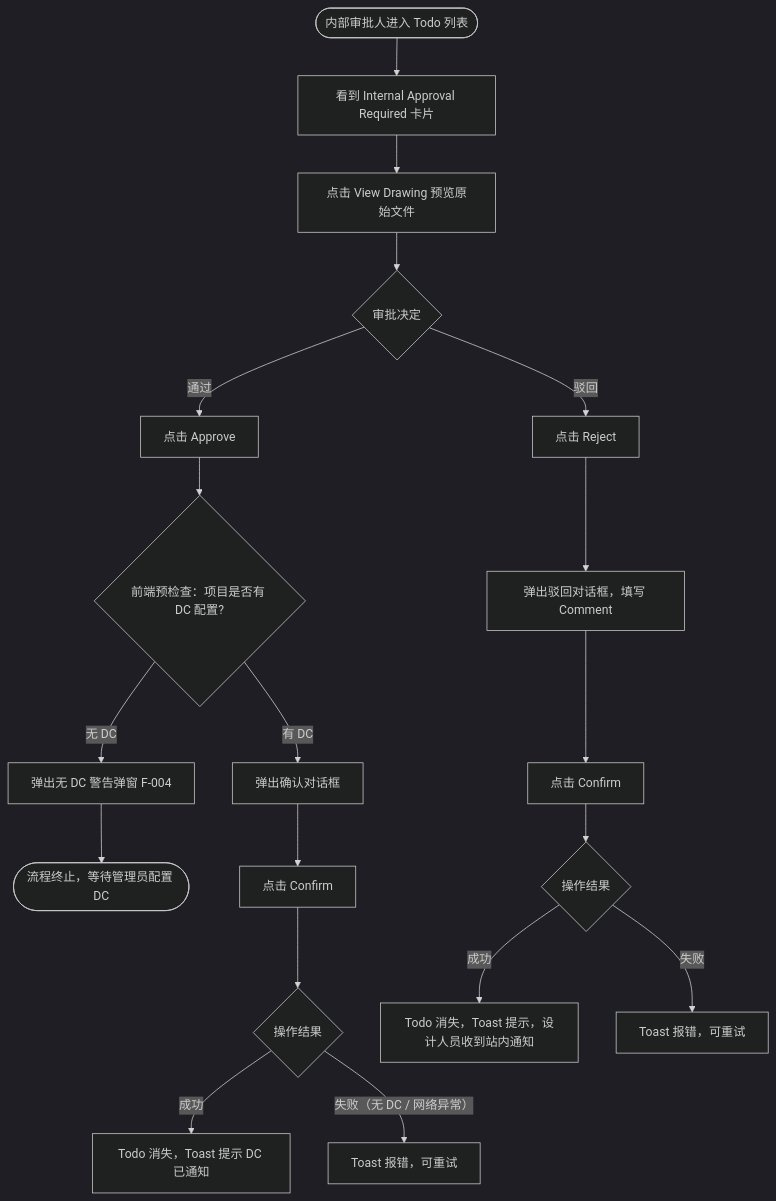
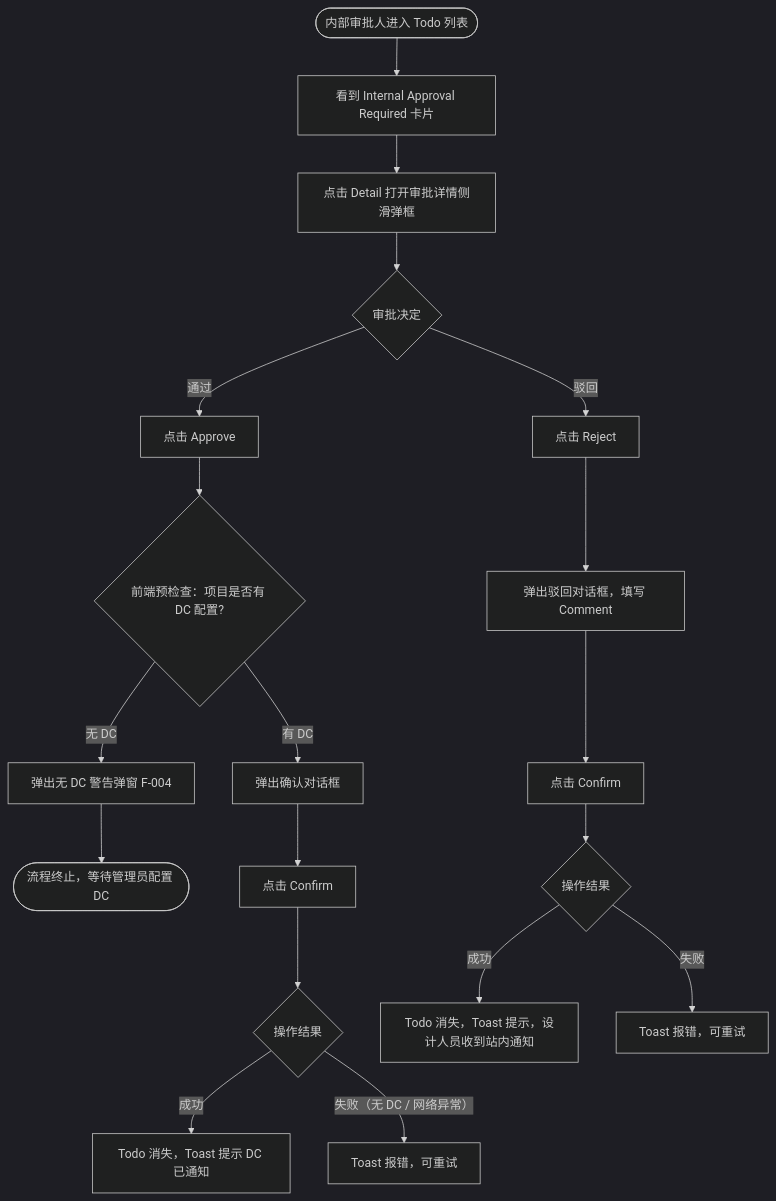
One commit to xiayingspace-hue/smart-site changed the diagram in requirements/pc/REQ-007A-pc.md. Above: the diagram before and after it, drawn with Mermaid (dark theme). The commit also changed other lines of this file and 1 other file, not shown here.

````diff
--- a/requirements/pc/REQ-007A-pc.md
+++ b/requirements/pc/REQ-007A-pc.md
@@ -156,21 +157,21 @@
 ```mermaid
 flowchart TD
     A([内部审批人进入 Todo 列表]) --> B[看到 Internal Approval Required 卡片]
-    B --> C[点击 View Drawing 预览原始文件]
+    B --> C[点击 Detail 打开审批详情侧滑弹框]
     C --> D{审批决定}
     D -- 通过 --> E[点击 Approve]
     D -- 驳回 --> F[点击 Reject]
     E --> E1{前端预检查：项目是否有 DC 配置?}
     E1 -- 无 DC --> E2[弹出无 DC 警告弹窗 F-004]
     E2 --> E3([流程终止，等待管理员配置 DC])
     E1 -- 有 DC --> G[弹出确认对话框]
     G --> H[点击 Confirm]
     H --> I{操作结果}
     I -- 成功 --> J[Todo 消失，Toast 提示 DC 已通知]
     I -- 失败（无 DC / 网络异常） --> K[Toast 报错，可重试]
     F --> L[弹出驳回对话框，填写 Comment]
     L --> M[点击 Confirm]
     M --> N{操作结果}
     N -- 成功 --> O[Todo 消失，Toast 提示，设计人员收到站内通知]
     N -- 失败 --> P[Toast 报错，可重试]
 ```
````
